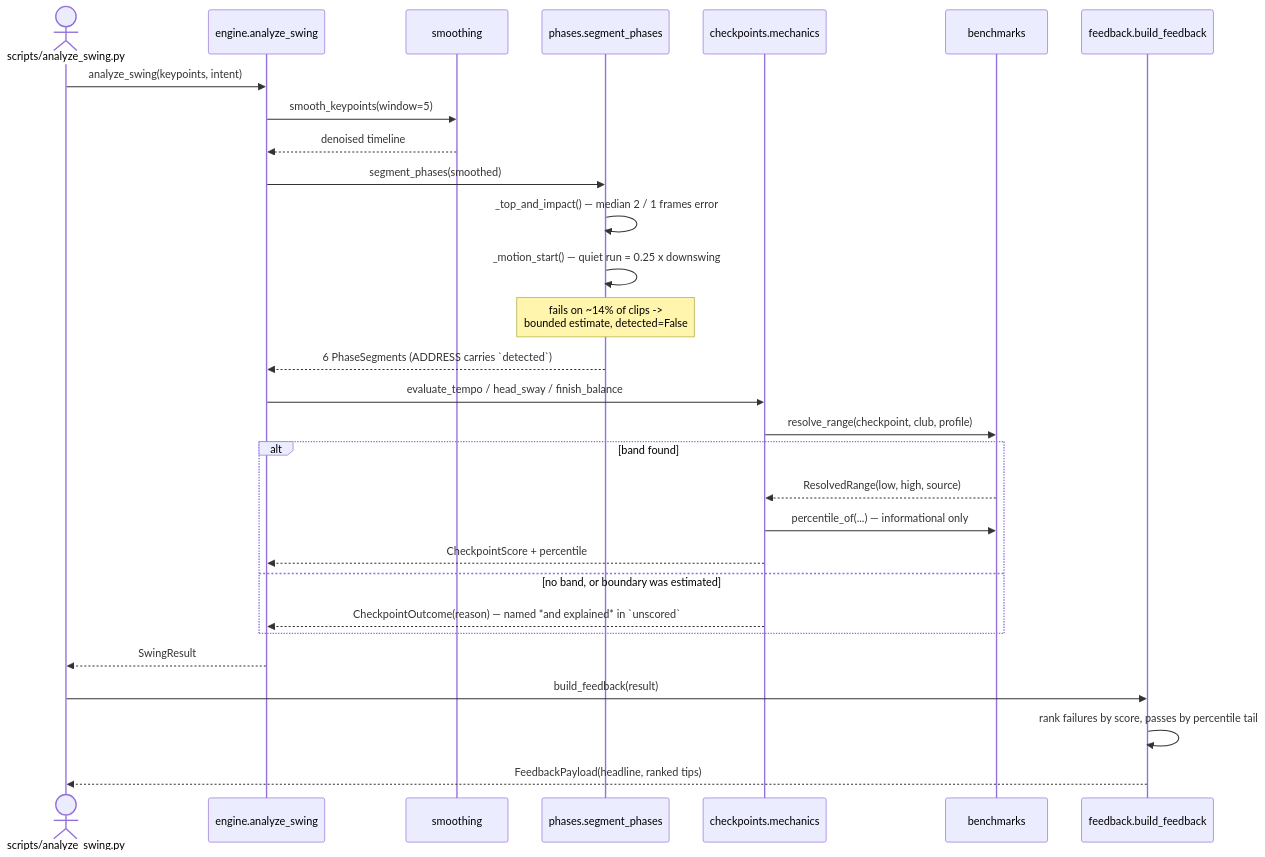
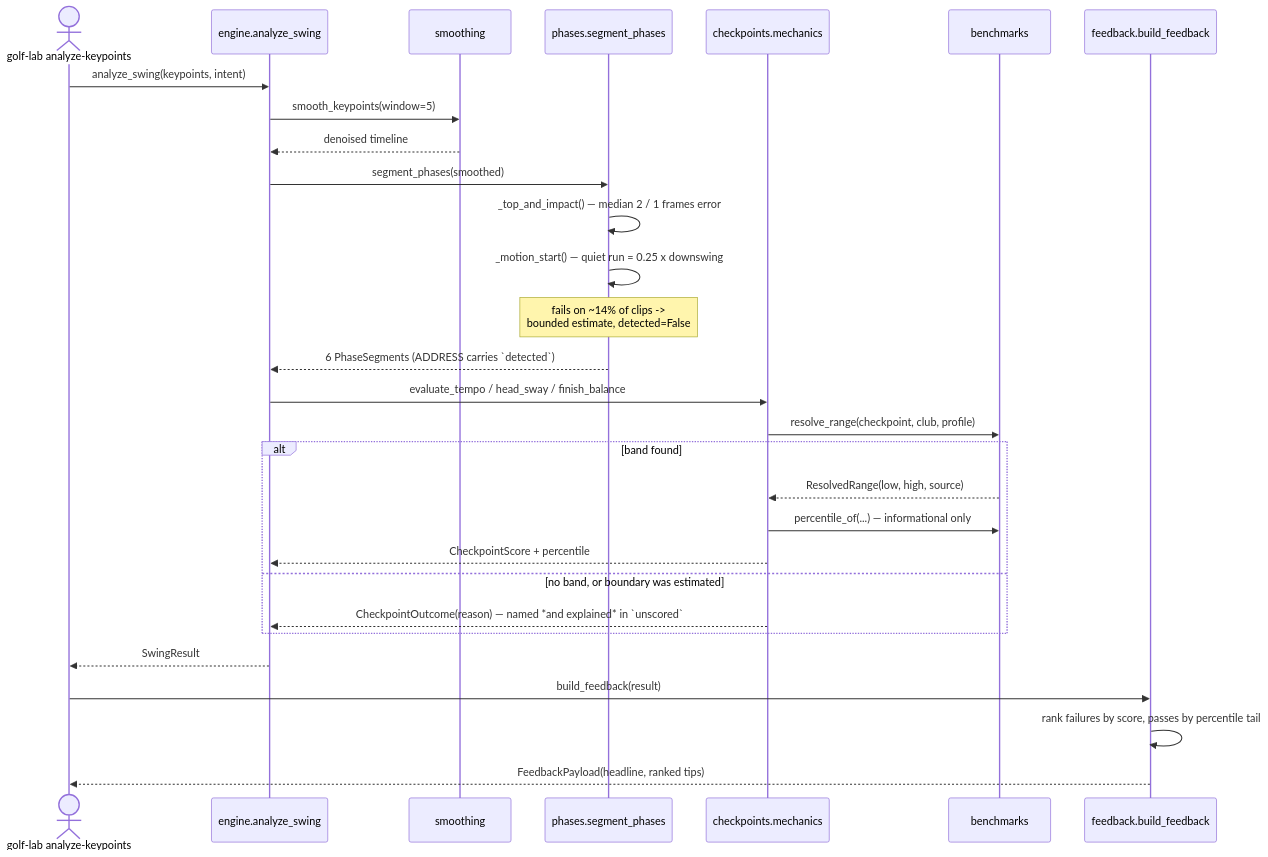
One commit to MildTreeRat/golf-coach changed the third of 3 diagrams in docs/ARCHITECTURE.md. Above: the diagram before and after it, drawn with Mermaid. The commit also changed other lines of this file and 410 other files, not shown here.

````diff
--- a/docs/ARCHITECTURE.md
+++ b/docs/ARCHITECTURE.md
@@ -587,33 +702,33 @@
 ```mermaid
 sequenceDiagram
-    actor Caller as scripts/analyze_swing.py
+    actor Caller as golf-lab analyze-keypoints
     participant Eng as engine.analyze_swing
     participant Sm as smoothing
     participant Ph as phases.segment_phases
     participant Chk as checkpoints.mechanics
     participant Bench as benchmarks
     participant FB as feedback.build_feedback
 
     Caller->>Eng: analyze_swing(keypoints, intent)
     Eng->>Sm: smooth_keypoints(window=5)
     Sm-->>Eng: denoised timeline
     Eng->>Ph: segment_phases(smoothed)
     Ph->>Ph: _top_and_impact() — median 2 / 1 frames error
     Ph->>Ph: _motion_start() — quiet run = 0.25 x downswing
     Note over Ph: fails on ~14% of clips -><br/>bounded estimate, detected=False
     Ph-->>Eng: 6 PhaseSegments (ADDRESS carries `detected`)
 
     Eng->>Chk: evaluate_tempo / head_sway / finish_balance
     Chk->>Bench: resolve_range(checkpoint, club, profile)
     alt band found
         Bench-->>Chk: ResolvedRange(low, high, source)
         Chk->>Bench: percentile_of(...) — informational only
         Chk-->>Eng: CheckpointScore + percentile
     else no band, or boundary was estimated
         Chk-->>Eng: CheckpointOutcome(reason) — named *and explained* in `unscored`
     end
     Eng-->>Caller: SwingResult
     Caller->>FB: build_feedback(result)
     FB->>FB: rank failures by score, passes by percentile tail
     FB-->>Caller: FeedbackPayload(headline, ranked tips)
 ```
````
